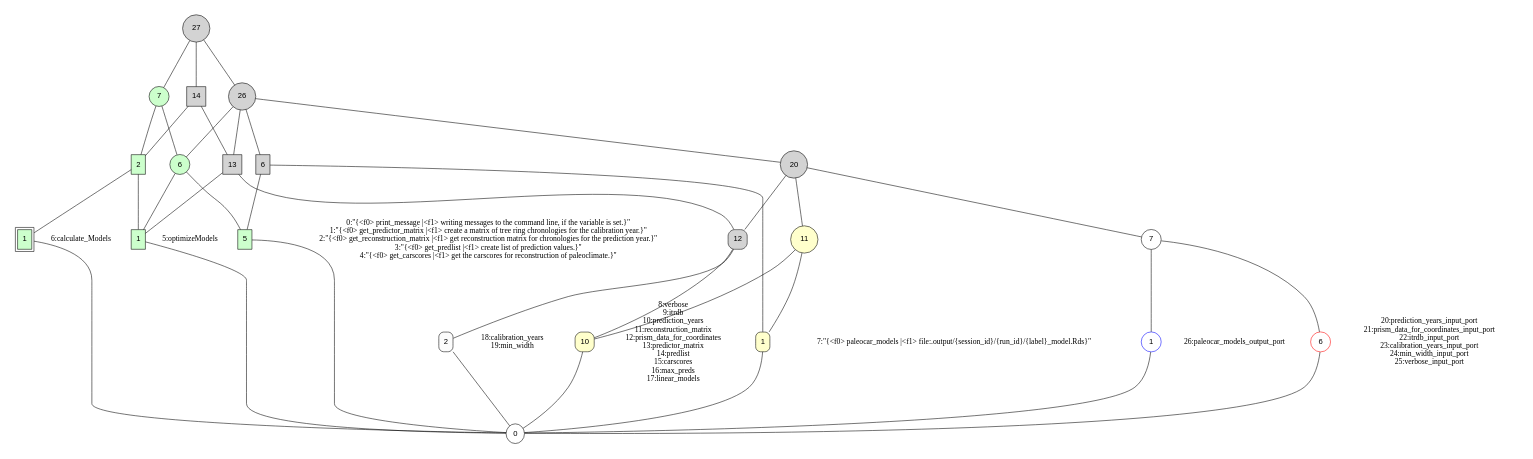
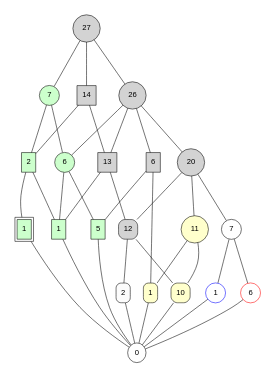
Before and after one commit to qwang70/GraphVizDotToDatabaseParsing: the diagram in example/PaeloCAR/output/paelocar_nodes_hierarchy.gv, drawn with Graphviz. The commit also changed 127 other files, not shown here.

```diff
--- a/example/PaeloCAR/output/paelocar_nodes_hierarchy.gv
+++ b/example/PaeloCAR/output/paelocar_nodes_hierarchy.gv
@@ -1,173 +1,146 @@
-// <Lattice object of 8 atoms 21 concepts 3 coatoms at 0x10bec4a20>
+// <Lattice object of 8 atoms 21 concepts 3 coatoms at 0x10df1cfd0>
 digraph Lattice {
 	node [label="" shape=circle style=filled width=.25]
 	edge [dir=none labeldistance=1.5 minlen=2]
 	subgraph cluster_0 {
 		style=filled
 		color=transparent
 		c0 [color="" fillcolor="" fontname=Helvetica label=0 peripheries="" rankdir=LR shape="" style="" width=0.2]
 	}
 	subgraph cluster_1 {
 		style=filled
 		color=transparent
 		c1 [fillcolor="#CCFFCC" fontname=Helvetica label=1 peripheries=1 shape=box style=filled]
 	}
-	c1 -> c1 [label="5:optimizeModels" color=transparent labelangle=270]
 	c1 -> c0
 	subgraph cluster_2 {
 		style=filled
 		color=transparent
 		c2 [fillcolor="#CCFFCC" fontname=Helvetica label=1 peripheries=2 shape=box style=filled]
 	}
-	c2 -> c2 [label="6:calculate_Models" color=transparent labelangle=270]
 	c2 -> c0
 	subgraph cluster_3 {
 		style=filled
 		color=transparent
 		c3 [fillcolor="#FFFFCC" fontname=Helvetica label=1 peripheries=1 rankdir=LR shape=record style="rounded,filled"]
 	}
-	c3 -> c3 [label="7:\"{<f0> paleocar_models |<f1> file\:.output/\{session_id\}/\{run_id\}/\{label\}_model.Rds}\"" color=transparent labelangle=270]
 	c3 -> c0
 	subgraph cluster_4 {
 		style=filled
 		color=transparent
 		c4 [color=blue fillcolor="#FFFFFF" fontname=Helvetica label=1 peripheries=1 shape=circle style="rounded,filled" width=0.2]
 	}
-	c4 -> c4 [label="26:paleocar_models_output_port" color=transparent labelangle=270]
 	c4 -> c0
 	subgraph cluster_5 {
 		style=filled
 		color=transparent
 		c5 [fillcolor="#CCFFCC" fontname=Helvetica label=2 shape=box style=filled]
 	}
 	c5 -> c1
 	c5 -> c2
 	subgraph cluster_6 {
 		style=filled
 		color=transparent
 		c6 [fillcolor="#FCFCFC" fontname=Helvetica label=2 peripheries=1 shape=box style="rounded,filled"]
 	}
-	c6 -> c6 [label="18:calibration_years	
-19:min_width" color=transparent labelangle=270]
 	c6 -> c0
 	subgraph cluster_7 {
 		style=filled
 		color=transparent
 		c7 [fillcolor="#CCFFCC" fontname=Helvetica label=5 peripheries=1 rankdir=LR shape=record style=filled]
 	}
-	c7 -> c7 [label="0:\"{<f0> print_message |<f1> writing messages to the command line, if the variable is set.}\"	
-1:\"{<f0> get_predictor_matrix |<f1> create a matrix of tree ring chronologies for the calibration year.}\"	
-2:\"{<f0> get_reconstruction_matrix |<f1> get reconstruction matrix for chronologies for the prediction year.}\"	
-3:\"{<f0> get_predlist |<f1> create list of prediction values.}\"	
-4:\"{<f0> get_carscores |<f1> get the carscores for reconstruction of paleoclimate.}\"" color=transparent labelangle=270]
 	c7 -> c0
 	subgraph cluster_8 {
 		style=filled
 		color=transparent
 		c8 [fillcolor="#CCFFCC" fontname=Helvetica label=6 peripheries=1 style=filled]
 	}
 	c8 -> c1
 	c8 -> c7
 	subgraph cluster_9 {
 		style=filled
 		color=transparent
 		c9 [fontname=Helvetica label=6 peripheries=1 rankdir=LR shape=record]
 	}
 	c9 -> c3
 	c9 -> c7
 	subgraph cluster_10 {
 		style=filled
 		color=transparent
 		c10 [color=red fillcolor="#FFFFFF" fontname=Helvetica label=6 peripheries=1 shape=circle style="rounded,filled" width=0.2]
 	}
-	c10 -> c10 [label="20:prediction_years_input_port	
-21:prism_data_for_coordinates_input_port	
-22:itrdb_input_port	
-23:calibration_years_input_port	
-24:min_width_input_port	
-25:verbose_input_port" color=transparent labelangle=270]
 	c10 -> c0
 	subgraph cluster_11 {
 		style=filled
 		color=transparent
 		c11 [fillcolor="#CCFFCC" fontname=Helvetica label=7 style=filled]
 	}
 	c11 -> c5
 	c11 -> c8
 	subgraph cluster_12 {
 		style=filled
 		color=transparent
 		c12 [fillcolor="#FFFFFF" fontname=Helvetica label=7 peripheries=1 shape=circle style="rounded,filled" width=0.2]
 	}
 	c12 -> c4
 	c12 -> c10
 	subgraph cluster_13 {
 		style=filled
 		color=transparent
 		c13 [fillcolor="#FFFFCC" fontname=Helvetica label=10 peripheries=1 shape=box style="rounded,filled"]
 	}
-	c13 -> c13 [label="8:verbose	
-9:itrdb	
-10:prediction_years	
-11:reconstruction_matrix	
-12:prism_data_for_coordinates	
-13:predictor_matrix	
-14:predlist	
-15:carscores	
-16:max_preds	
-17:linear_models" color=transparent labelangle=270]
 	c13 -> c0
 	subgraph cluster_14 {
 		style=filled
 		color=transparent
 		c14 [fillcolor="#FFFFCC" fontname=Helvetica label=11 peripheries=1 style="rounded,filled"]
 	}
 	c14 -> c3
 	c14 -> c13
 	subgraph cluster_15 {
 		style=filled
 		color=transparent
 		c15 [fontname=Helvetica label=12 peripheries=1 shape=box style="rounded,filled"]
 	}
 	c15 -> c6
 	c15 -> c13
 	subgraph cluster_16 {
 		style=filled
 		color=transparent
 		c16 [fontname=Helvetica label=13 peripheries=1 shape=box]
 	}
 	c16 -> c1
 	c16 -> c15
 	subgraph cluster_17 {
 		style=filled
 		color=transparent
 		c17 [fontname=Helvetica label=14 shape=box]
 	}
 	c17 -> c5
 	c17 -> c16
 	subgraph cluster_18 {
 		style=filled
 		color=transparent
 		c18 [fontname=Helvetica label=20 peripheries=1 style="rounded,filled"]
 	}
 	c18 -> c12
 	c18 -> c14
 	c18 -> c15
 	subgraph cluster_19 {
 		style=filled
 		color=transparent
 		c19 [fontname=Helvetica label=26 peripheries=1]
 	}
 	c19 -> c8
 	c19 -> c9
 	c19 -> c16
 	c19 -> c18
 	subgraph cluster_20 {
 		style=filled
 		color=transparent
 		c20 [fontname=Helvetica label=27]
 	}
 	c20 -> c11
 	c20 -> c17
 	c20 -> c19
 }
```
